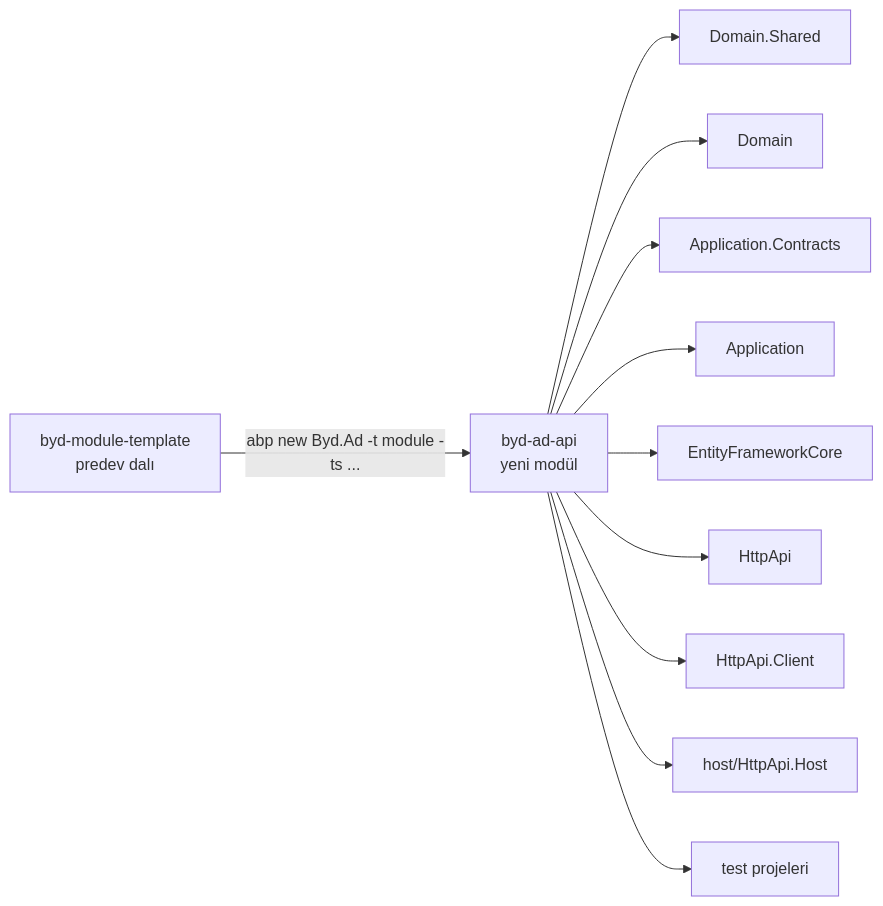
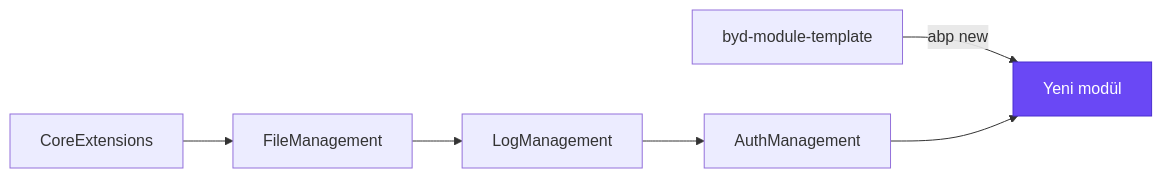
One commit to mertbyd/byd-module-template changed the first of 2 diagrams in README.md. Above: the diagram before and after it, drawn with Mermaid. The commit also changed other lines of this file, not shown here.

````diff
--- a/README.md
+++ b/README.md
@@ -23,7 +9,6 @@
 ```mermaid
 flowchart LR
-    T[byd-module-template<br/>predev dalı] -- "abp new Byd.Ad -t module -ts ..." --> M[byd-ad-api<br/>yeni modül]
-    M --> L1[Domain.Shared] & L2[Domain] & L3[Application.Contracts] & L4[Application] & L5[EntityFrameworkCore] & L6[HttpApi] & L7[HttpApi.Client]
-    M --> H[host/HttpApi.Host]
-    M --> TS[test projeleri]
+    T[byd-module-template] -- "abp new" --> M[Yeni modül]
+    CORE[CoreExtensions] --> FILE[FileManagement] --> LOG[LogManagement] --> AUTH[AuthManagement] --> M
+    style M fill:#6a48f5,color:#fff,stroke:#4a2fd0
 ```
````
